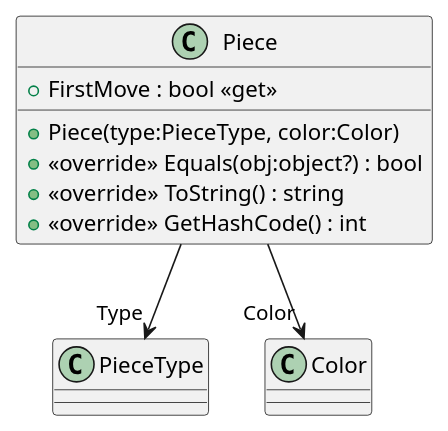
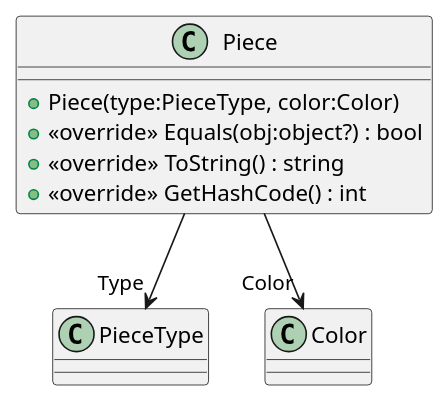
The diagram in plantuml/Piece.puml (jk-ba/Chess), drawn with PlantUML before and after one commit. The commit also changed 3 other files, not shown here.

```diff
--- a/plantuml/Piece.puml
+++ b/plantuml/Piece.puml
@@ -1,11 +1,10 @@
 @startuml
 class Piece {
-    + FirstMove : bool <<get>>
     + Piece(type:PieceType, color:Color)
     + <<override>> Equals(obj:object?) : bool
     + <<override>> ToString() : string
     + <<override>> GetHashCode() : int
 }
 Piece --> "Type" PieceType
 Piece --> "Color" Color
 @enduml
```
